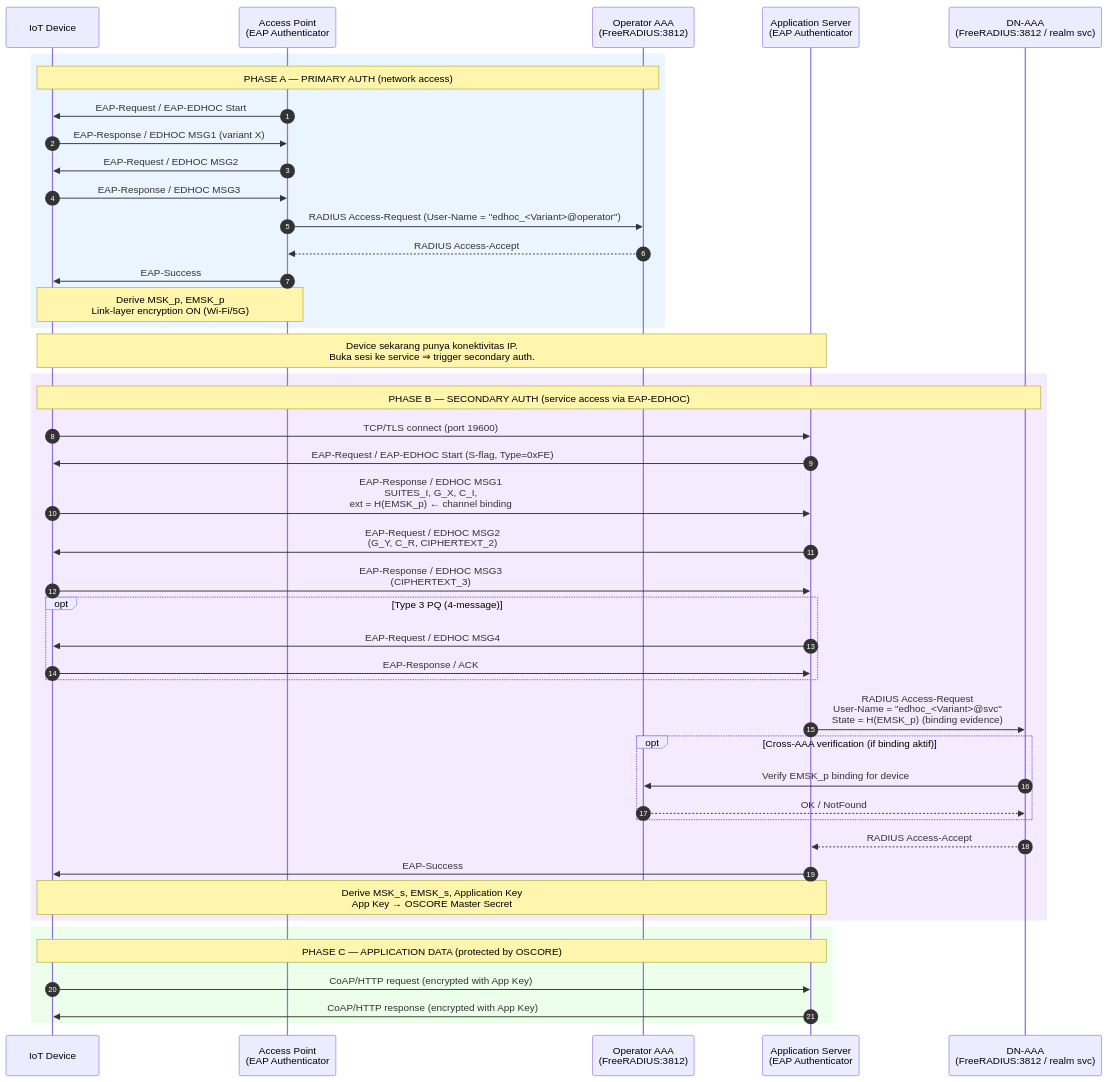
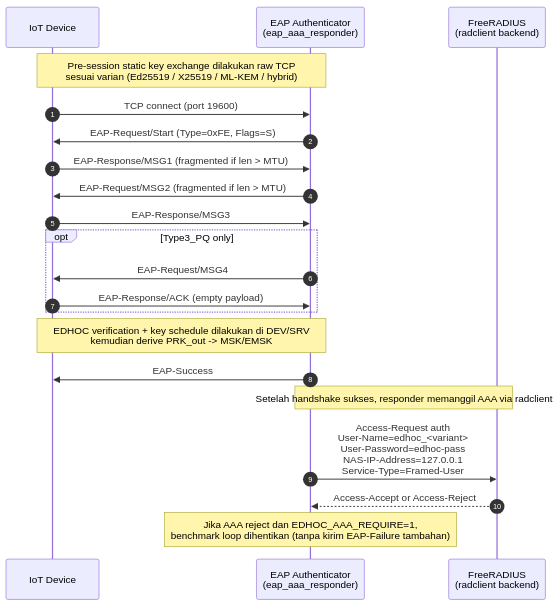
The first of 2 diagrams in docs/handshake_mermaid_eap_secondary_authentication.md (adipanca/edhoc), drawn with Mermaid before and after one commit. The commit also changed other lines of this file, not shown here.

````diff
--- a/docs/handshake_mermaid_eap_secondary_authentication.md
+++ b/docs/handshake_mermaid_eap_secondary_authentication.md
@@ -60,51 +60,28 @@
 ```mermaid
 sequenceDiagram
     autonumber
     participant DEV as IoT Device
-    participant AP  as Access Point<br/>(EAP Authenticator #1)
-    participant AAA1 as Operator AAA<br/>(FreeRADIUS:3812)
-    participant SRV as Application Server<br/>(EAP Authenticator #2)
-    participant AAA2 as DN-AAA<br/>(FreeRADIUS:3812 / realm svc)
+    participant SRV as EAP Authenticator<br/>(eap_aaa_responder)
+    participant AAA as FreeRADIUS<br/>(radclient backend)
 
-    rect rgb(235, 245, 255)
-    Note over DEV,AAA1: PHASE A — PRIMARY AUTH (network access)
-    AP->>DEV: EAP-Request / EAP-EDHOC Start
-    DEV->>AP: EAP-Response / EDHOC MSG1 (variant X)
-    AP->>DEV: EAP-Request / EDHOC MSG2
-    DEV->>AP: EAP-Response / EDHOC MSG3
-    AP->>AAA1: RADIUS Access-Request (User-Name = "edhoc_<Variant>@operator")
-    AAA1-->>AP: RADIUS Access-Accept
-    AP->>DEV: EAP-Success
-    Note over DEV,AP: Derive MSK_p, EMSK_p<br/>Link-layer encryption ON (Wi-Fi/5G)
+    Note over DEV,SRV: Pre-session static key exchange dilakukan raw TCP<br/>sesuai varian (Ed25519 / X25519 / ML-KEM / hybrid)
+
+    DEV->>SRV: TCP connect (port 19600)
+    SRV->>DEV: EAP-Request/Start (Type=0xFE, Flags=S)
+    DEV->>SRV: EAP-Response/MSG1 (fragmented if len > MTU)
+    SRV->>DEV: EAP-Request/MSG2 (fragmented if len > MTU)
+    DEV->>SRV: EAP-Response/MSG3
+    opt Type3_PQ only
+        SRV->>DEV: EAP-Request/MSG4
+        DEV->>SRV: EAP-Response/ACK (empty payload)
     end
 
-    Note over DEV,SRV: Device sekarang punya konektivitas IP.<br/>Buka sesi ke service ⇒ trigger secondary auth.
+    Note over DEV,SRV: EDHOC verification + key schedule dilakukan di DEV/SRV<br/>kemudian derive PRK_out -> MSK/EMSK
+    SRV->>DEV: EAP-Success
 
-    rect rgb(245, 235, 255)
-    Note over DEV,AAA2: PHASE B — SECONDARY AUTH (service access via EAP-EDHOC)
-    DEV->>SRV: TCP/TLS connect (port 19600)
-    SRV->>DEV: EAP-Request / EAP-EDHOC Start (S-flag, Type=0xFE)
-    DEV->>SRV: EAP-Response / EDHOC MSG1<br/>SUITES_I, G_X, C_I,<br/>ext = H(EMSK_p)  ← channel binding
-    SRV->>DEV: EAP-Request / EDHOC MSG2<br/>(G_Y, C_R, CIPHERTEXT_2)
-    DEV->>SRV: EAP-Response / EDHOC MSG3<br/>(CIPHERTEXT_3)
-    opt Type 3 PQ (4-message)
-        SRV->>DEV: EAP-Request / EDHOC MSG4
-        DEV->>SRV: EAP-Response / ACK
-    end
+    Note over SRV,AAA: Setelah handshake sukses, responder memanggil AAA via radclient
+    SRV->>AAA: Access-Request auth<br/>User-Name=edhoc_<variant><br/>User-Password=edhoc-pass<br/>NAS-IP-Address=127.0.0.1<br/>Service-Type=Framed-User
+    AAA-->>SRV: Access-Accept or Access-Reject
 
-    SRV->>AAA2: RADIUS Access-Request<br/>User-Name = "edhoc_<Variant>@svc"<br/>State = H(EMSK_p)  (binding evidence)
-    opt Cross-AAA verification (if binding aktif)
-        AAA2->>AAA1: Verify EMSK_p binding for device
-        AAA1-->>AAA2: OK / NotFound
-    end
-    AAA2-->>SRV: RADIUS Access-Accept
-    SRV->>DEV: EAP-Success
-    Note over DEV,SRV: Derive MSK_s, EMSK_s, Application Key<br/>App Key → OSCORE Master Secret
-    end
-
-    rect rgb(235, 255, 235)
-    Note over DEV,SRV: PHASE C — APPLICATION DATA (protected by OSCORE)
-    DEV->>SRV: CoAP/HTTP request (encrypted with App Key)
-    SRV->>DEV: CoAP/HTTP response (encrypted with App Key)
-    end
+    Note over SRV: Jika AAA reject dan EDHOC_AAA_REQUIRE=1,<br/>benchmark loop dihentikan (tanpa kirim EAP-Failure tambahan)
 ```
````
